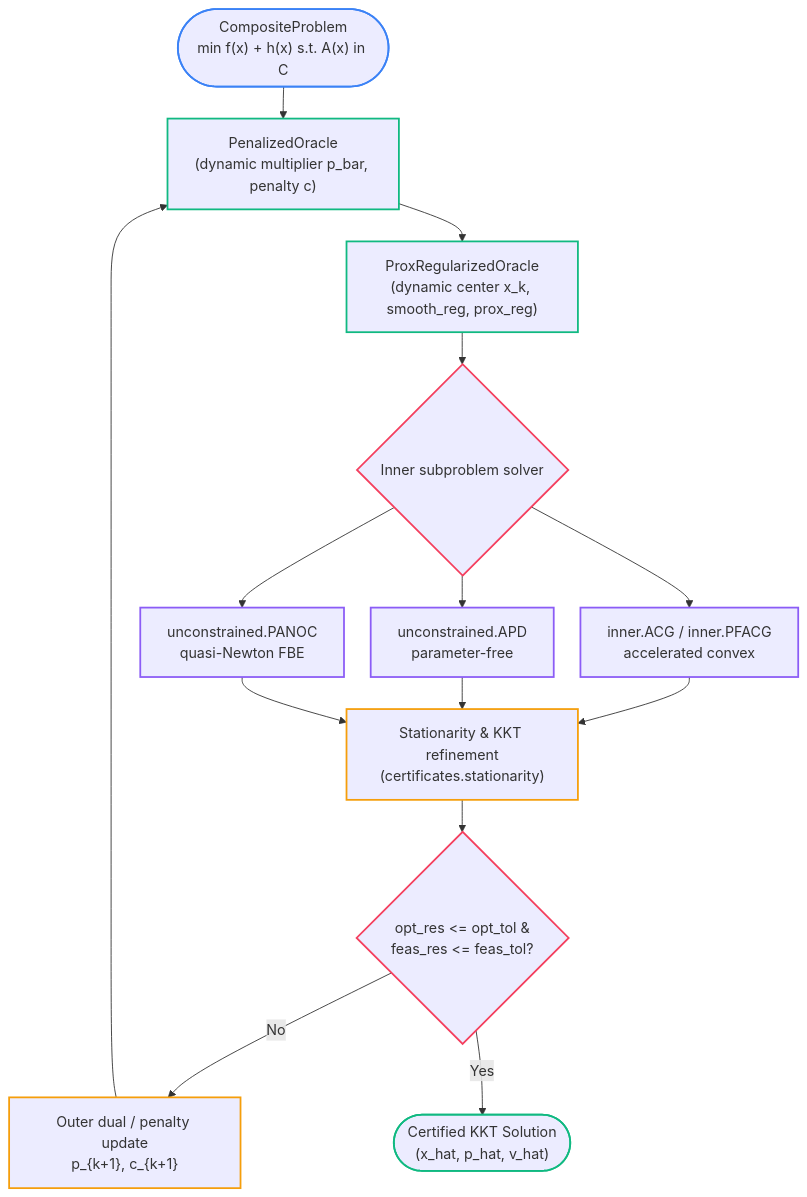
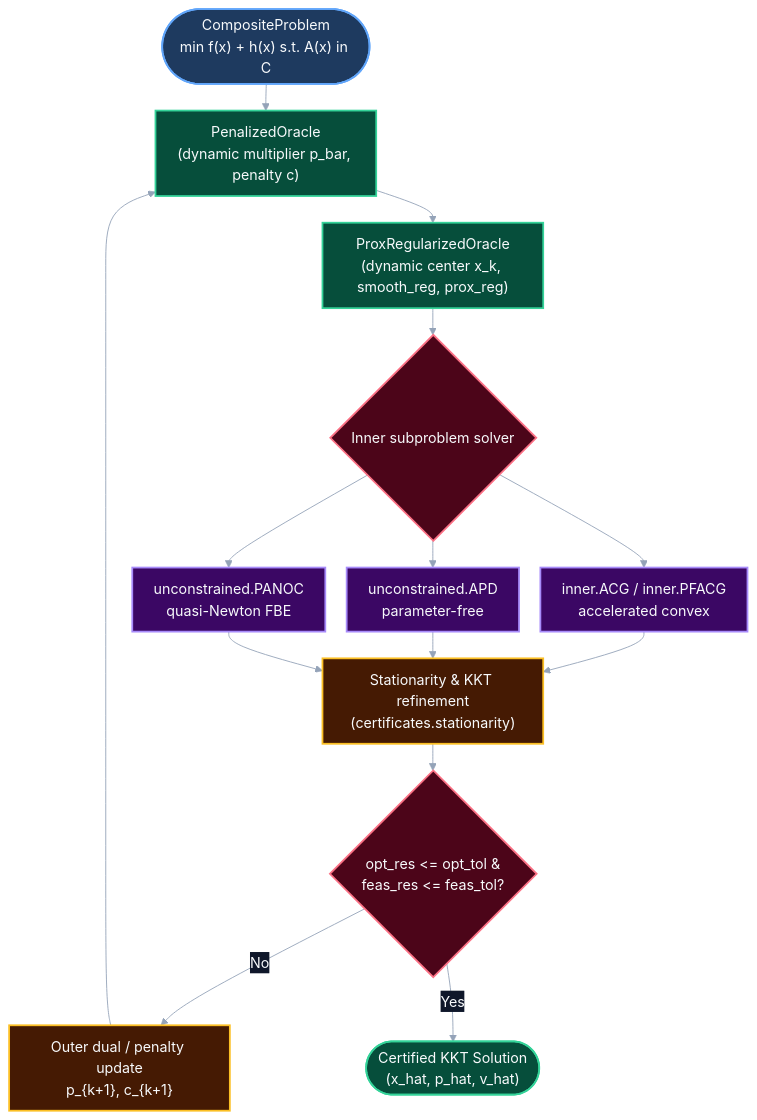
Before and after one commit to wwkong/proxax: the third of 4 diagrams in docs/appendices/software_architecture.md, drawn with Mermaid. The commit also changed other lines of this file and 2 other files, not shown here.

Commit message:
Use high-contrast Mermaid themeVariables and single-line subgraph titles

````diff
--- a/docs/appendices/software_architecture.md
+++ b/docs/appendices/software_architecture.md
@@ -121,30 +122,30 @@
 ```{mermaid}
-%%{init: {'flowchart': {'curve': 'basis', 'nodeSpacing': 30, 'rankSpacing': 36}}}%%
+%%{init: {'theme': 'base', 'flowchart': {'curve': 'basis', 'nodeSpacing': 24, 'rankSpacing': 30, 'padding': 12}, 'themeVariables': {'darkMode': true, 'background': 'transparent', 'primaryColor': '#1e293b', 'primaryTextColor': '#f8fafc', 'primaryBorderColor': '#60a5fa', 'lineColor': '#94a3b8', 'textColor': '#f8fafc', 'edgeLabelBackground': '#0f172a'}}}%%
 flowchart TB
-    classDef prob stroke:#3b82f6,stroke-width:2px
-    classDef oracle stroke:#10b981,stroke-width:2px
-    classDef decision stroke:#f43f5e,stroke-width:2px
-    classDef inner stroke:#8b5cf6,stroke-width:2px
-    classDef outer stroke:#f59e0b,stroke-width:2px
-    classDef done stroke:#10b981,stroke-width:2px
+    classDef prob fill:#1e3a5f,stroke:#60a5fa,color:#f8fafc,stroke-width:2px
+    classDef oracle fill:#064e3b,stroke:#34d399,color:#f8fafc,stroke-width:2px
+    classDef decision fill:#4c0519,stroke:#fb7185,color:#f8fafc,stroke-width:2px
+    classDef inner fill:#3b0764,stroke:#a78bfa,color:#f8fafc,stroke-width:2px
+    classDef outer fill:#451a03,stroke:#fbbf24,color:#f8fafc,stroke-width:2px
+    classDef done fill:#064e3b,stroke:#34d399,color:#f8fafc,stroke-width:2px
 
     CP(["CompositeProblem<br/>min f(x) + h(x) s.t. A(x) in C"]):::prob
     PEN["PenalizedOracle<br/>(dynamic multiplier p_bar, penalty c)"]:::oracle
     REG["ProxRegularizedOracle<br/>(dynamic center x_k, smooth_reg, prox_reg)"]:::oracle
 
     SUB{"Inner subproblem solver"}:::decision
     ACG["inner.ACG / inner.PFACG<br/>accelerated convex"]:::inner
     APD["unconstrained.APD<br/>parameter-free"]:::inner
     PANOC["unconstrained.PANOC<br/>quasi-Newton FBE"]:::inner
 
     REF["Stationarity & KKT refinement<br/>(certificates.stationarity)"]:::outer
     UPD{"opt_res <= opt_tol &<br/>feas_res <= feas_tol?"}:::decision
     STEP["Outer dual / penalty update<br/>p_{k+1}, c_{k+1}"]:::outer
     DONE(["Certified KKT Solution<br/>(x_hat, p_hat, v_hat)"]):::done
 
     CP --> PEN --> REG --> SUB
     SUB --> ACG & APD & PANOC
     ACG & APD & PANOC --> REF --> UPD
     UPD -->|"No"| STEP --> PEN
     UPD -->|"Yes"| DONE
 ```
````
